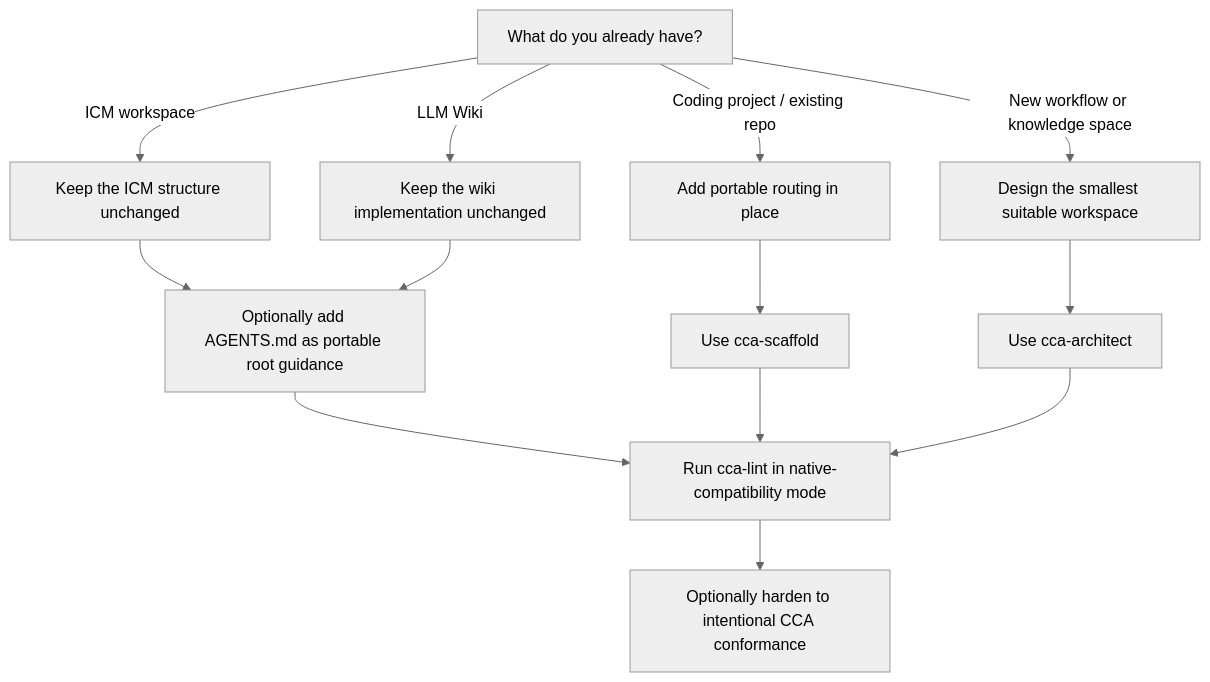
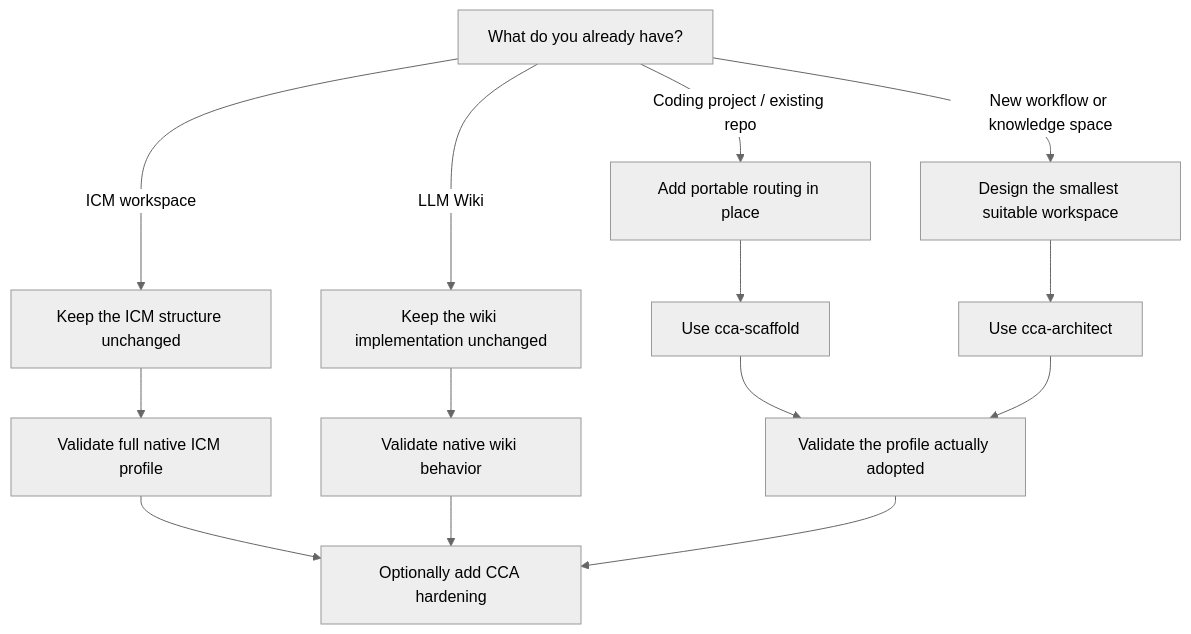
One commit to yonasuriv/CCA changed the first of 2 diagrams in docs/getting-started.md. Above: the diagram before and after it, drawn with Mermaid (neutral theme). The commit also changed other lines of this file, not shown here.

Commit message:
Clarify ICM full-profile onboarding and acceptance

````diff
--- a/docs/getting-started.md
+++ b/docs/getting-started.md
@@ -7,18 +7,19 @@
 ```mermaid
 flowchart TD
     A["What do you already have?"]
     A -->|"ICM workspace"| B["Keep the ICM structure unchanged"]
     A -->|"LLM Wiki"| C["Keep the wiki implementation unchanged"]
     A -->|"Coding project / existing repo"| D["Add portable routing in place"]
     A -->|"New workflow or knowledge space"| E["Design the smallest suitable workspace"]
 
-    B --> F["Optionally add AGENTS.md as portable root guidance"]
-    C --> F
-    D --> G["Use cca-scaffold"]
-    E --> H["Use cca-architect"]
+    B --> F["Validate full native ICM profile"]
+    C --> G["Validate native wiki behavior"]
+    D --> H["Use cca-scaffold"]
+    E --> I["Use cca-architect"]
 
-    F --> I["Run cca-lint in native-compatibility mode"]
-    G --> I
-    H --> I
-    I --> J["Optionally harden to intentional CCA conformance"]
+    F --> J["Optionally add CCA hardening"]
+    G --> J
+    H --> K["Validate the profile actually adopted"]
+    I --> K
+    K --> J
 ```
````
